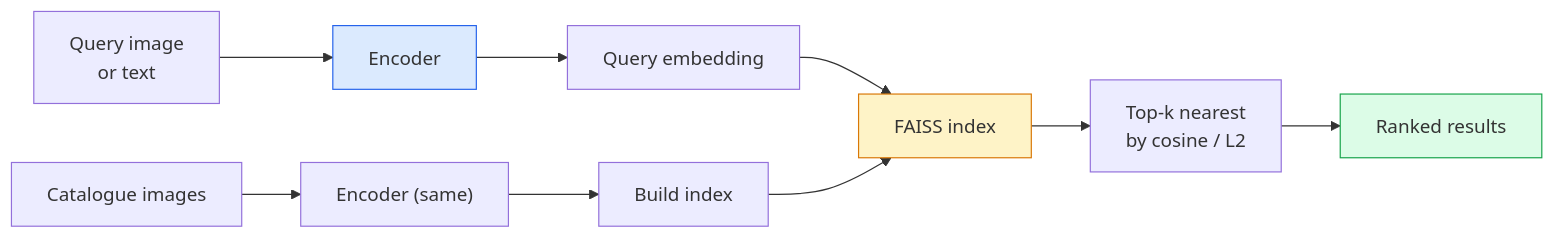
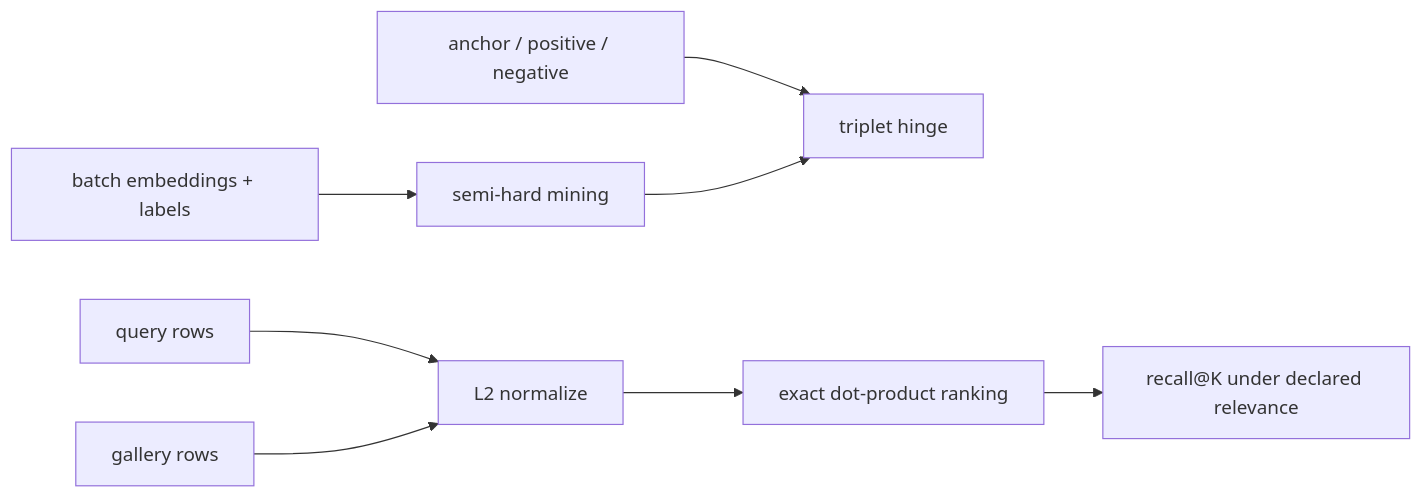
Before and after one commit to t3mr0i/ai-engineering-from-scratch: the diagram in phases/04-computer-vision/20-image-retrieval-metric/docs/en.md, drawn with Mermaid. The commit also changed other lines of this file and 112 other files, not shown here.

````diff
--- a/phases/04-computer-vision/20-image-retrieval-metric/docs/en.md
+++ b/phases/04-computer-vision/20-image-retrieval-metric/docs/en.md
@@ -29,14 +36,10 @@
 ```mermaid
 flowchart LR
-    Q["Query image<br/>or text"] --> ENC["Encoder"]
-    ENC --> EMB["Query embedding"]
-    EMB --> IDX["FAISS index"]
-    CAT["Catalogue images"] --> ENC2["Encoder (same)"] --> IDX_BUILD["Build index"]
-    IDX_BUILD --> IDX
-    IDX --> RANK["Top-k nearest<br/>by cosine / L2"]
-    RANK --> OUT["Ranked results"]
-
-    style ENC fill:#dbeafe,stroke:#2563eb
-    style IDX fill:#fef3c7,stroke:#d97706
-    style OUT fill:#dcfce7,stroke:#16a34a
+    A["anchor / positive / negative"] --> L["triplet hinge"]
+    X["batch embeddings + labels"] --> M["semi-hard mining"]
+    M --> L
+    Q["query rows"] --> N["L2 normalize"]
+    G["gallery rows"] --> N
+    N --> R["exact dot-product ranking"]
+    R --> K["recall@K under declared relevance"]
 ```
````
